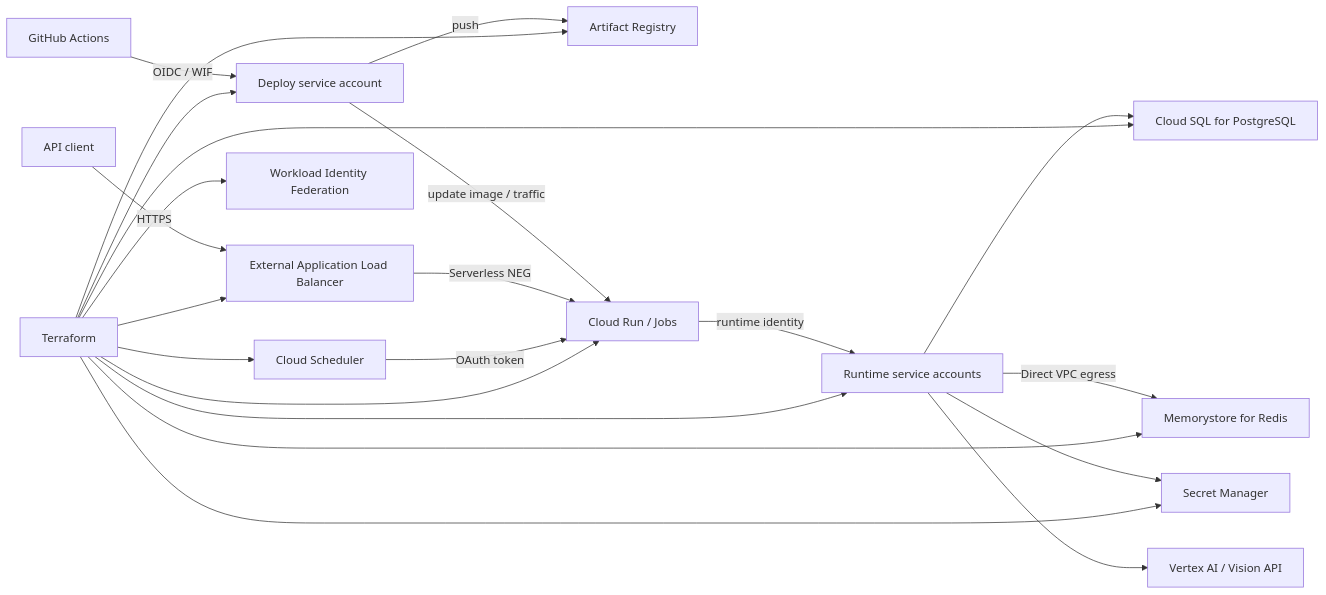
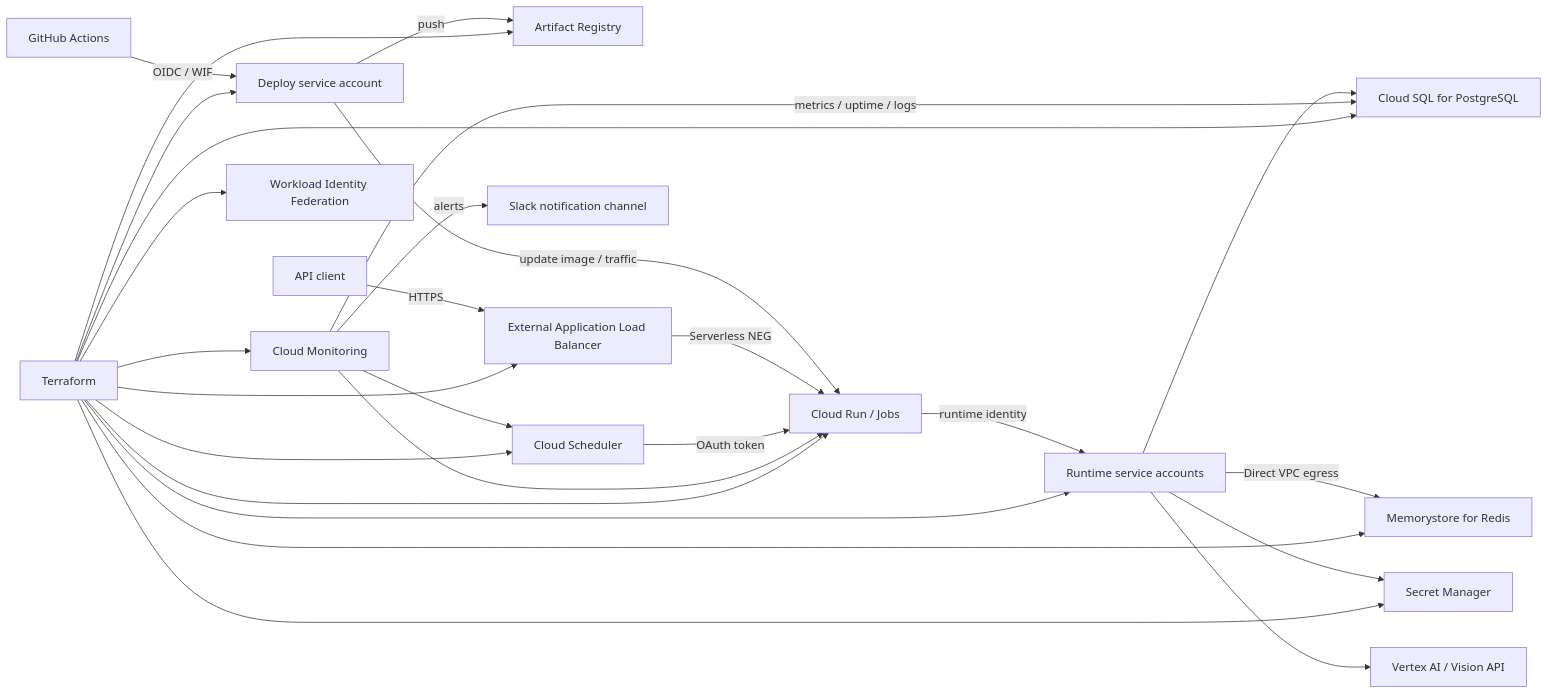
Before and after one commit to UCHIDAnobuhiro/stock-infra: the diagram in README.md, drawn with Mermaid. The commit also changed other lines of this file and 4 other files, not shown here.

````diff
--- a/README.md
+++ b/README.md
@@ -18,24 +18,29 @@
 ```mermaid
 flowchart LR
     GH["GitHub Actions"] -->|"OIDC / WIF"| DEPLOYER["Deploy service account"]
     DEPLOYER -->|"push"| AR["Artifact Registry"]
     DEPLOYER -->|"update image / traffic"| RUN["Cloud Run / Jobs"]
     CLIENT["API client"] -->|"HTTPS"| LB["External Application Load Balancer"]
     LB -->|"Serverless NEG"| RUN
     RUN -->|"runtime identity"| RUNTIME["Runtime service accounts"]
     RUNTIME --> SQL["Cloud SQL for PostgreSQL"]
     RUNTIME -->|"Direct VPC egress"| REDIS["Memorystore for Redis"]
     RUNTIME --> SECRETS["Secret Manager"]
     RUNTIME --> AI["Vertex AI / Vision API"]
     SCHED["Cloud Scheduler"] -->|"OAuth token"| RUN
+    MON["Cloud Monitoring"] -->|"metrics / uptime / logs"| SQL
+    MON --> RUN
+    MON --> SCHED
+    MON -->|"alerts"| SLACK["Slack notification channel"]
     TF["Terraform"] --> SQL
     TF --> REDIS
     TF --> AR
     TF --> SECRETS
     TF --> RUNTIME
     TF --> DEPLOYER
     TF --> WIF["Workload Identity Federation"]
     TF --> RUN
     TF --> LB
     TF --> SCHED
+    TF --> MON
 ```
````
